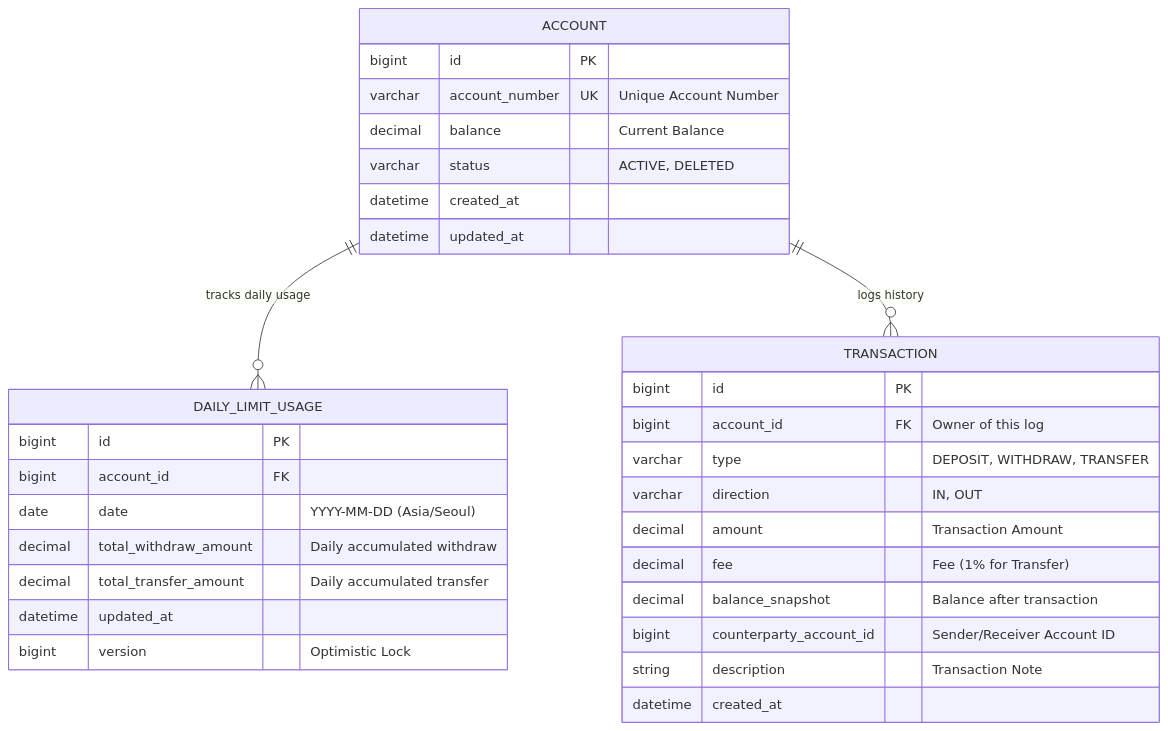
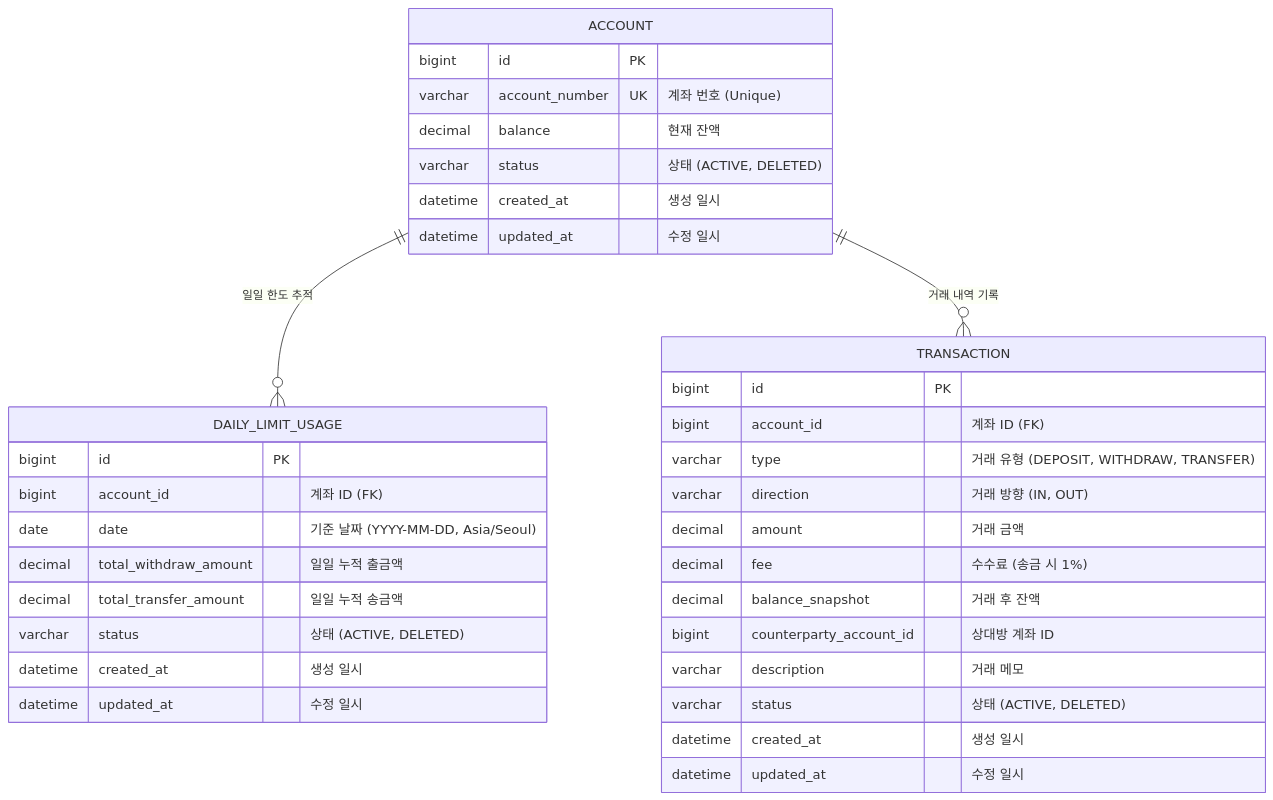
The diagram in docs/ERD.md (IMDongH/IMDONGHYEOK_backend), drawn with Mermaid before and after one commit. The commit also changed other lines of this file and 1 other file, not shown here.

````diff
--- a/docs/ERD.md
+++ b/docs/ERD.md
@@ -11,38 +11,40 @@
 ```mermaid
 erDiagram
     ACCOUNT {
         bigint id PK
-        varchar account_number UK "Unique Account Number"
-
-        decimal balance "Current Balance"
-        varchar status "ACTIVE, DELETED"
-        datetime created_at
-        datetime updated_at
+        varchar account_number UK "계좌 번호 (Unique)"
+        decimal balance "현재 잔액"
+        varchar status "상태 (ACTIVE, DELETED)"
+        datetime created_at "생성 일시"
+        datetime updated_at "수정 일시"
     }
 
     DAILY_LIMIT_USAGE {
         bigint id PK
-        bigint account_id FK
-        date date "YYYY-MM-DD (Asia/Seoul)"
-        decimal total_withdraw_amount "Daily accumulated withdraw"
-        decimal total_transfer_amount "Daily accumulated transfer"
-        datetime updated_at
-        bigint version "Optimistic Lock"
+        bigint account_id "계좌 ID (FK)"
+        date date "기준 날짜 (YYYY-MM-DD, Asia/Seoul)"
+        decimal total_withdraw_amount "일일 누적 출금액"
+        decimal total_transfer_amount "일일 누적 송금액"
+        varchar status "상태 (ACTIVE, DELETED)"
+        datetime created_at "생성 일시"
+        datetime updated_at "수정 일시"
     }
 
     TRANSACTION {
         bigint id PK
-        bigint account_id FK "Owner of this log"
-        varchar type "DEPOSIT, WITHDRAW, TRANSFER"
-        varchar direction "IN, OUT"
-        decimal amount "Transaction Amount"
-        decimal fee "Fee (1% for Transfer)"
-        decimal balance_snapshot "Balance after transaction"
-        bigint counterparty_account_id "Sender/Receiver Account ID"
-        string description "Transaction Note"
-        datetime created_at
+        bigint account_id "계좌 ID (FK)"
+        varchar type "거래 유형 (DEPOSIT, WITHDRAW, TRANSFER)"
+        varchar direction "거래 방향 (IN, OUT)"
+        decimal amount "거래 금액"
+        decimal fee "수수료 (송금 시 1%)"
+        decimal balance_snapshot "거래 후 잔액"
+        bigint counterparty_account_id "상대방 계좌 ID"
+        varchar description "거래 메모"
+        varchar status "상태 (ACTIVE, DELETED)"
+        datetime created_at "생성 일시"
+        datetime updated_at "수정 일시"
     }
 
-    ACCOUNT ||--o{ DAILY_LIMIT_USAGE : "tracks daily usage"
-    ACCOUNT ||--o{ TRANSACTION : "logs history"
+    ACCOUNT ||--o{ DAILY_LIMIT_USAGE : "일일 한도 추적"
+    ACCOUNT ||--o{ TRANSACTION : "거래 내역 기록"
 ```
````
